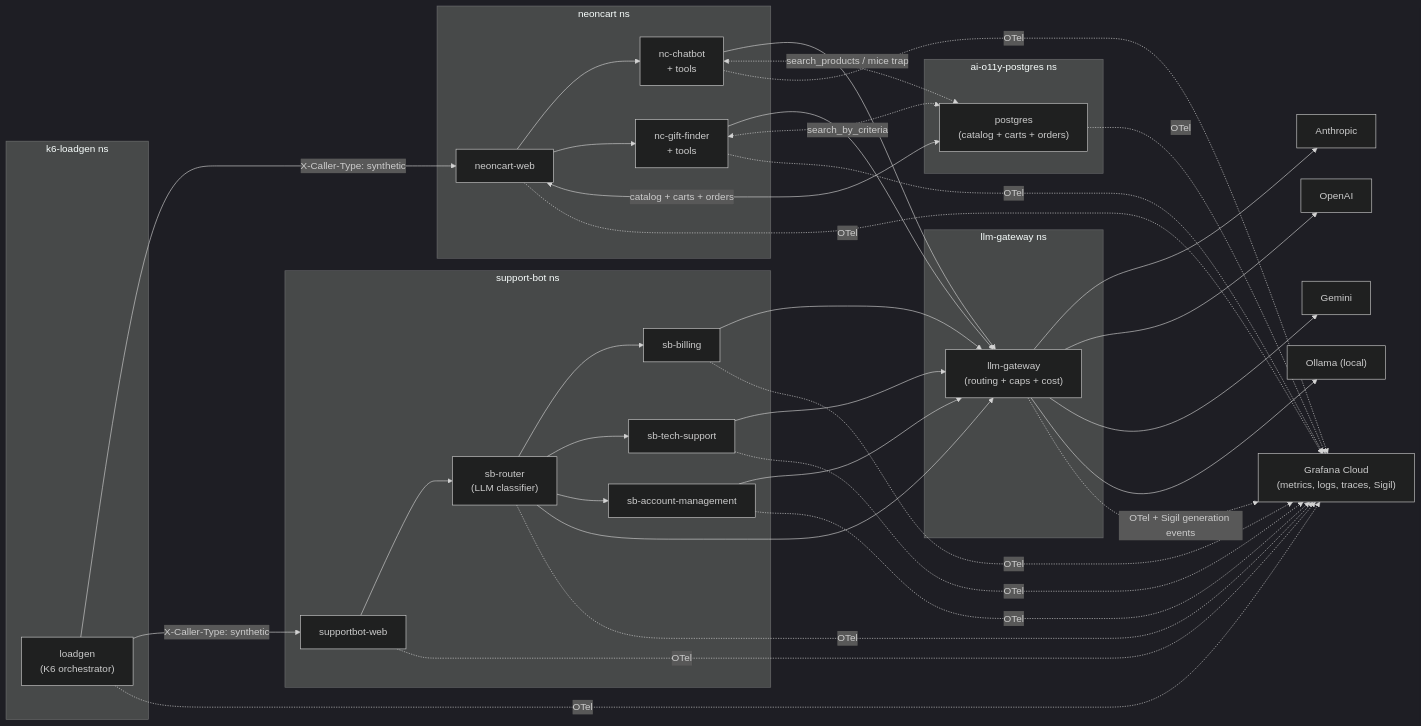
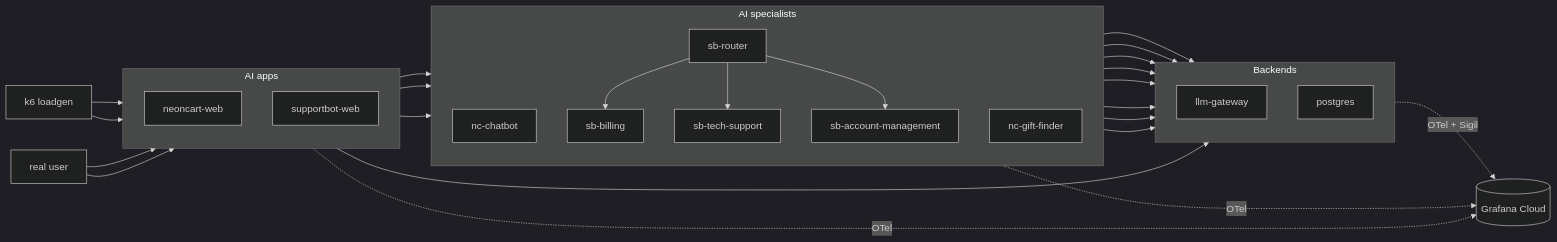
One commit to stephenwagner-grafana/ai-o11y-demo-apps changed the diagram in README.md. Above: the diagram before and after it, drawn with Mermaid (dark theme). The commit also changed other lines of this file and 2 other files, not shown here.

Commit message:
README + supportbot-web: simplify architecture diagram + homepage framing
README — rewrite the Mermaid flowchart with conservative syntax that
GitHub renders reliably. The previous diagram used `<-.->|label|`
bidirectional dotted edges with labels and `A & B & C --> X` chains,
both of which trip the GitHub Mermaid 11.x renderer ("Unable to render
rich display"). New diagram groups by stage (Traffic → AI apps →
Specialists → Backends) with only basic `-->` and `-.->` edges; OTel
+ Sigil arrows go from subgraphs to a single Grafana Cloud node.

supportbot-web homepage — pull the framing up a level to match the
README's tone:
- Trim hero subtitle (drop "18 sub-agents / 4 judges" — wrong count
  and too in-the-weeds)
- Remove the 10 capability chips
- Add a 4-stage flow diagram (Traffic → AI apps → Specialists → Backends)
  with rainbow accent per stage, matches the new README diagram
- Rewrite footer cards as "Real product · real telemetry" + "One
  observability story · two apps"

````diff
--- a/README.md
+++ b/README.md
@@ -59,59 +59,57 @@
 ```mermaid
 flowchart LR
-  subgraph k6["k6-loadgen ns"]
-    LG["loadgen<br/>(K6 orchestrator)"]
+  LG["k6 loadgen"]
+  USR["real user"]
+
+  subgraph apps["AI apps"]
+    direction TB
+    NCW["neoncart-web"]
+    SBW["supportbot-web"]
   end
 
-  subgraph nc["neoncart ns"]
-    NCW["neoncart-web"]
-    NCB["nc-chatbot<br/>+ tools"]
-    NCG["nc-gift-finder<br/>+ tools"]
-  end
-
-  subgraph sb["support-bot ns"]
-    SBW["supportbot-web"]
-    SBR["sb-router<br/>(LLM classifier)"]
+  subgraph spec["AI specialists"]
+    direction TB
+    NCB["nc-chatbot"]
+    NCG["nc-gift-finder"]
+    SBR["sb-router"]
     SBB["sb-billing"]
     SBT["sb-tech-support"]
     SBA["sb-account-management"]
   end
 
-  subgraph gw["llm-gateway ns"]
-    GW["llm-gateway<br/>(routing + caps + cost)"]
+  subgraph back["Backends"]
+    direction TB
+    GW["llm-gateway"]
+    PG["postgres"]
   end
 
-  subgraph pg["ai-o11y-postgres ns"]
-    PG["postgres<br/>(catalog + carts + orders)"]
-  end
+  GC[("Grafana Cloud")]
 
-  GC["Grafana Cloud<br/>(metrics, logs, traces, Sigil)"]
+  LG --> NCW
+  LG --> SBW
+  USR --> NCW
+  USR --> SBW
 
-  ANT["Anthropic"]
-  OAI["OpenAI"]
-  GEM["Gemini"]
-  OL["Ollama (local)"]
-
-  LG -- "X-Caller-Type: synthetic" --> NCW
-  LG -- "X-Caller-Type: synthetic" --> SBW
   NCW --> NCB
   NCW --> NCG
-  NCW <-->|catalog + carts + orders| PG
+  NCW --> PG
+
+  SBW --> SBR
+  SBR --> SBB
+  SBR --> SBT
+  SBR --> SBA
+
   NCB --> GW
-  NCB <-.->|search_products / mice trap| PG
   NCG --> GW
-  NCG <-.->|search_by_criteria| PG
-  SBW --> SBR
-  SBR --> SBB & SBT & SBA
   SBR --> GW
-  SBB & SBT & SBA --> GW
-  GW --> ANT
-  GW --> OAI
-  GW --> GEM
-  GW --> OL
+  SBB --> GW
+  SBT --> GW
+  SBA --> GW
 
-  NCW & NCB & NCG -.->|OTel| GC
-  SBW & SBR & SBB & SBT & SBA -.->|OTel| GC
-  GW -.->|OTel + Sigil generation events| GC
-  PG -.->|OTel| GC
-  LG -.->|OTel| GC
+  NCB --> PG
+  NCG --> PG
+
+  apps -.->|OTel| GC
+  spec -.->|OTel| GC
+  back -.->|OTel + Sigil| GC
 ```
````
